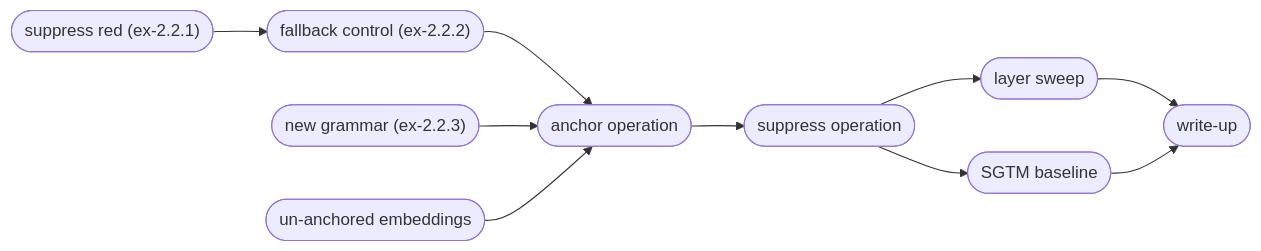
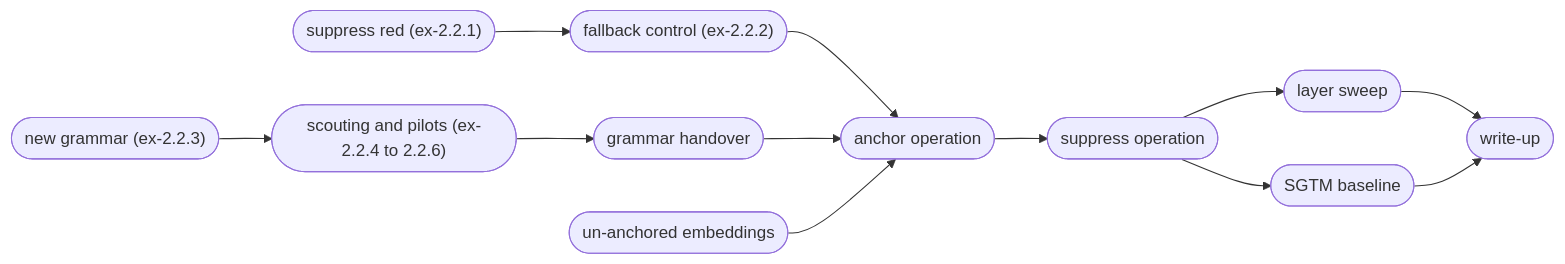
Before and after one commit to z0u-bot/sca2-mirror: the diagram in docs/m2/d2.2/design.md, drawn with Mermaid. The commit also changed other lines of this file and 10 other files, not shown here.

````diff
--- a/docs/m2/d2.2/design.md
+++ b/docs/m2/d2.2/design.md
@@ -19,15 +19,18 @@
 ```mermaid
 flowchart LR
 a11(["suppress red (ex-2.2.1)"])
 a12(["fallback control (ex-2.2.2)"])
 a2(["new grammar (ex-2.2.3)"])
+a25(["scouting and pilots (ex-2.2.4 to 2.2.6)"])
+a26(["grammar handover"])
 a3(["un-anchored embeddings"])
 c(["anchor operation"])
 d(["suppress operation"])
 e(["layer sweep"])
 f(["SGTM baseline"])
 g(["write-up"])
 
 a11 --> a12
-a12 & a2 & a3 --> c --> d --> e & f --> g
+a2 --> a25 --> a26
+a12 & a26 & a3 --> c --> d --> e & f --> g
 ```
````
